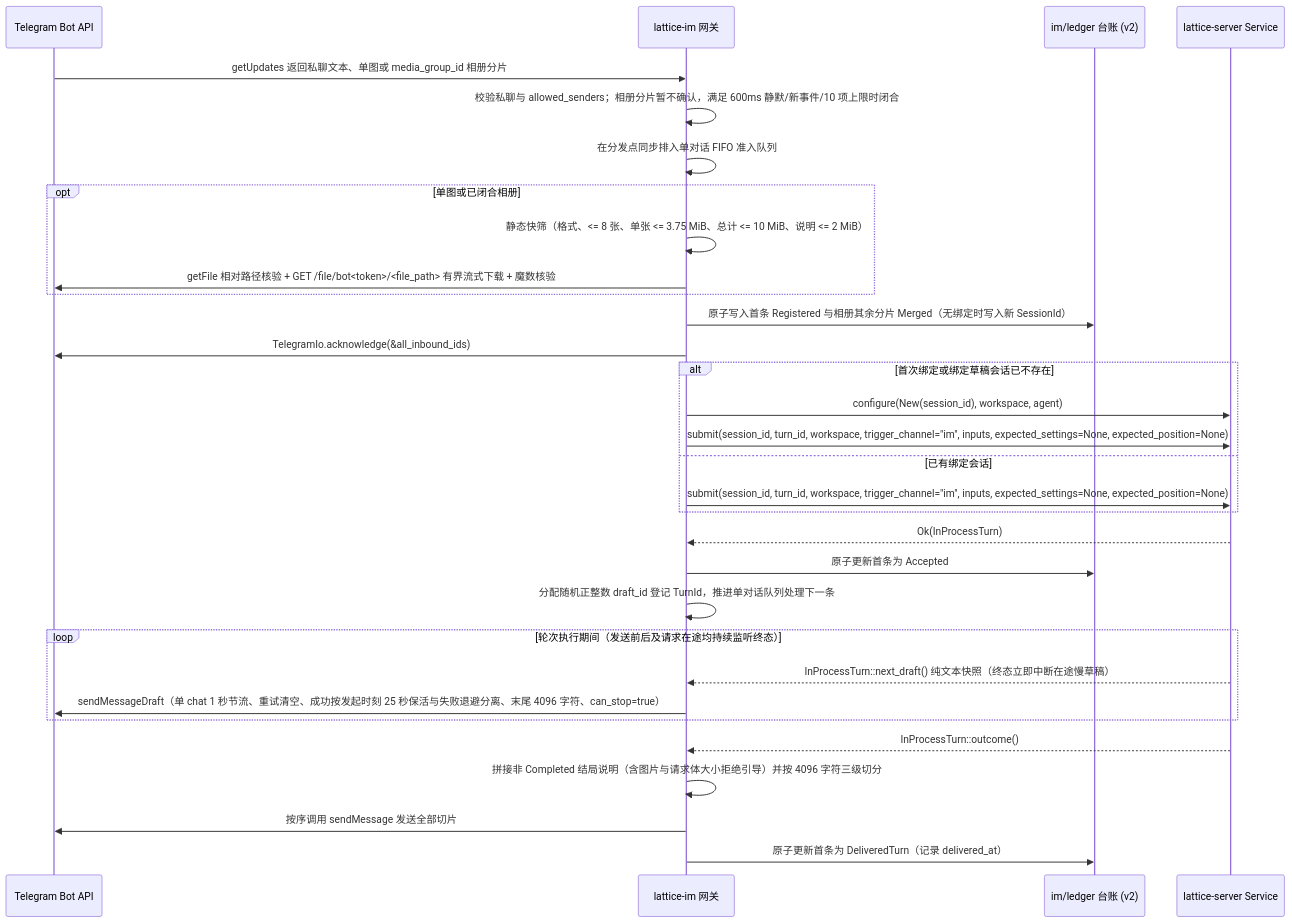
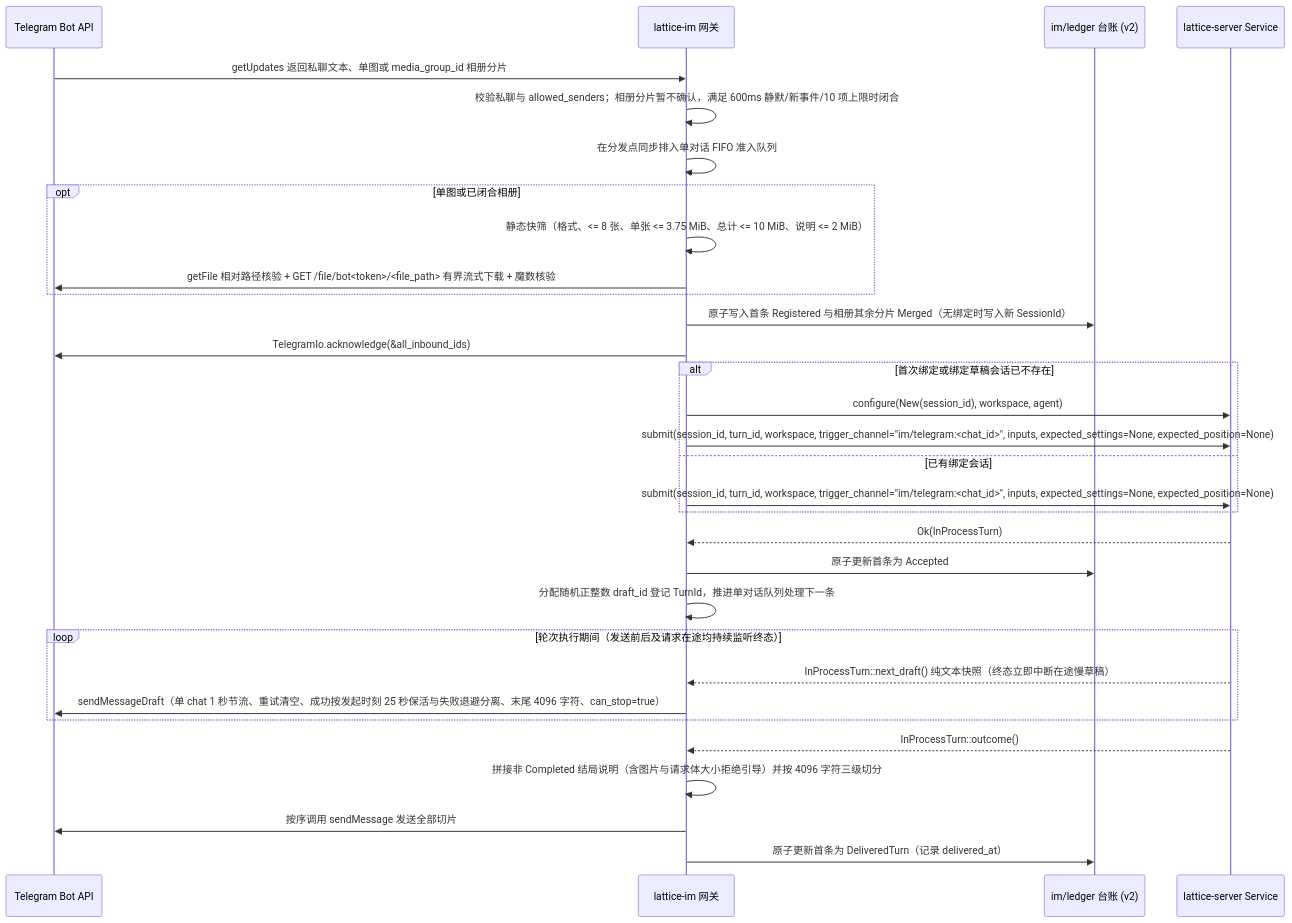
One commit to Skyline10124/lattice changed the first of 2 diagrams in docs/architecture/im.md. Above: the diagram before and after it, drawn with Mermaid. The commit also changed other lines of this file and 47 other files, not shown here.

````diff
--- a/docs/architecture/im.md
+++ b/docs/architecture/im.md
@@ -123,34 +123,34 @@
 ```mermaid
 sequenceDiagram
     participant TG as Telegram Bot API
     participant IM as lattice-im 网关
     participant LG as im/ledger 台账 (v2)
     participant SV as lattice-server Service
 
     TG->>IM: getUpdates 返回私聊文本、单图或 media_group_id 相册分片
     IM->>IM: 校验私聊与 allowed_senders；相册分片暂不确认，满足 600ms 静默/新事件/10 项上限时闭合
     IM->>IM: 在分发点同步排入单对话 FIFO 准入队列
     opt 单图或已闭合相册
         IM->>IM: 静态快筛（格式、<= 8 张、单张 <= 3.75 MiB、总计 <= 10 MiB、说明 <= 2 MiB）
         IM->>TG: getFile 相对路径核验 + GET /file/bot<token>/<file_path> 有界流式下载 + 魔数核验
     end
     IM->>LG: 原子写入首条 Registered 与相册其余分片 Merged（无绑定时写入新 SessionId）
     IM->>TG: TelegramIo.acknowledge(&all_inbound_ids)
     alt 首次绑定或绑定草稿会话已不存在
         IM->>SV: configure(New(session_id), workspace, agent)
-        IM->>SV: submit(session_id, turn_id, workspace, trigger_channel="im", inputs, expected_settings=None, expected_position=None)
+        IM->>SV: submit(session_id, turn_id, workspace, trigger_channel="im/telegram:<chat_id>", inputs, expected_settings=None, expected_position=None)
     else 已有绑定会话
-        IM->>SV: submit(session_id, turn_id, workspace, trigger_channel="im", inputs, expected_settings=None, expected_position=None)
+        IM->>SV: submit(session_id, turn_id, workspace, trigger_channel="im/telegram:<chat_id>", inputs, expected_settings=None, expected_position=None)
     end
     SV-->>IM: Ok(InProcessTurn)
     IM->>LG: 原子更新首条为 Accepted
     IM->>IM: 分配随机正整数 draft_id 登记 TurnId，推进单对话队列处理下一条
     loop 轮次执行期间（发送前后及请求在途均持续监听终态）
         SV-->>IM: InProcessTurn::next_draft() 纯文本快照（终态立即中断在途慢草稿）
         IM->>TG: sendMessageDraft（单 chat 1 秒节流、重试清空、成功按发起时刻 25 秒保活与失败退避分离、末尾 4096 字符、can_stop=true）
     end
     SV-->>IM: InProcessTurn::outcome()
     IM->>IM: 拼接非 Completed 结局说明（含图片与请求体大小拒绝引导）并按 4096 字符三级切分
     IM->>TG: 按序调用 sendMessage 发送全部切片
     IM->>LG: 原子更新首条为 DeliveredTurn（记录 delivered_at）
 ```
````
